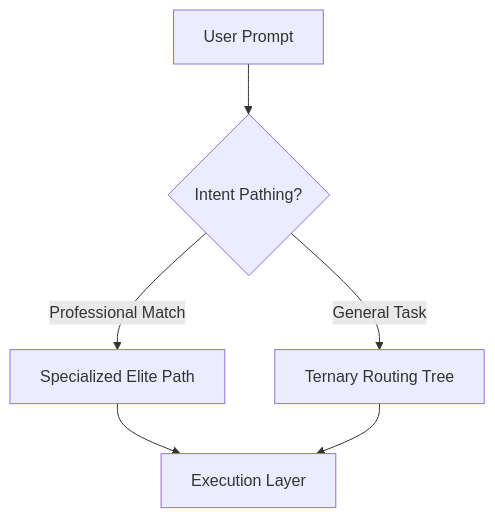
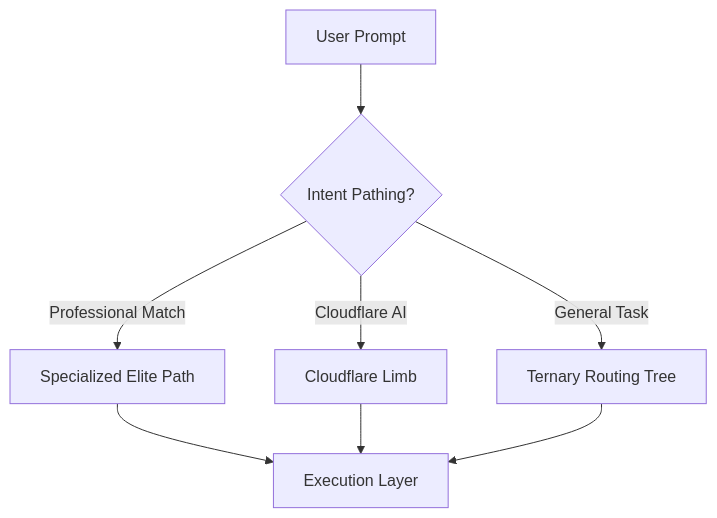
One commit to Kbro1989/POG-CLI-CODER changed the diagram in TERNARY_TREE_GUIDE.md. Above: the diagram before and after it, drawn with Mermaid. The commit also changed 5 other files, not shown here.

Commit message:
feat: Add Cloudflare AI integration for SDXL, Llama 3.1, and Embeddings as a new 'Cloudflare Limb', enhancing model routing and project portability.

````diff
--- a/TERNARY_TREE_GUIDE.md
+++ b/TERNARY_TREE_GUIDE.md
@@ -32,8 +32,10 @@
 ```mermaid
 graph TD
     A[User Prompt] --> B{Intent Pathing?};
     B -- "Professional Match" --> C[Specialized Elite Path];
+    B -- "Cloudflare AI" --> F[Cloudflare Limb];
     B -- "General Task" --> D[Ternary Routing Tree];
     C --> E[Execution Layer];
+    F --> E;
     D --> E;
 ```
````
